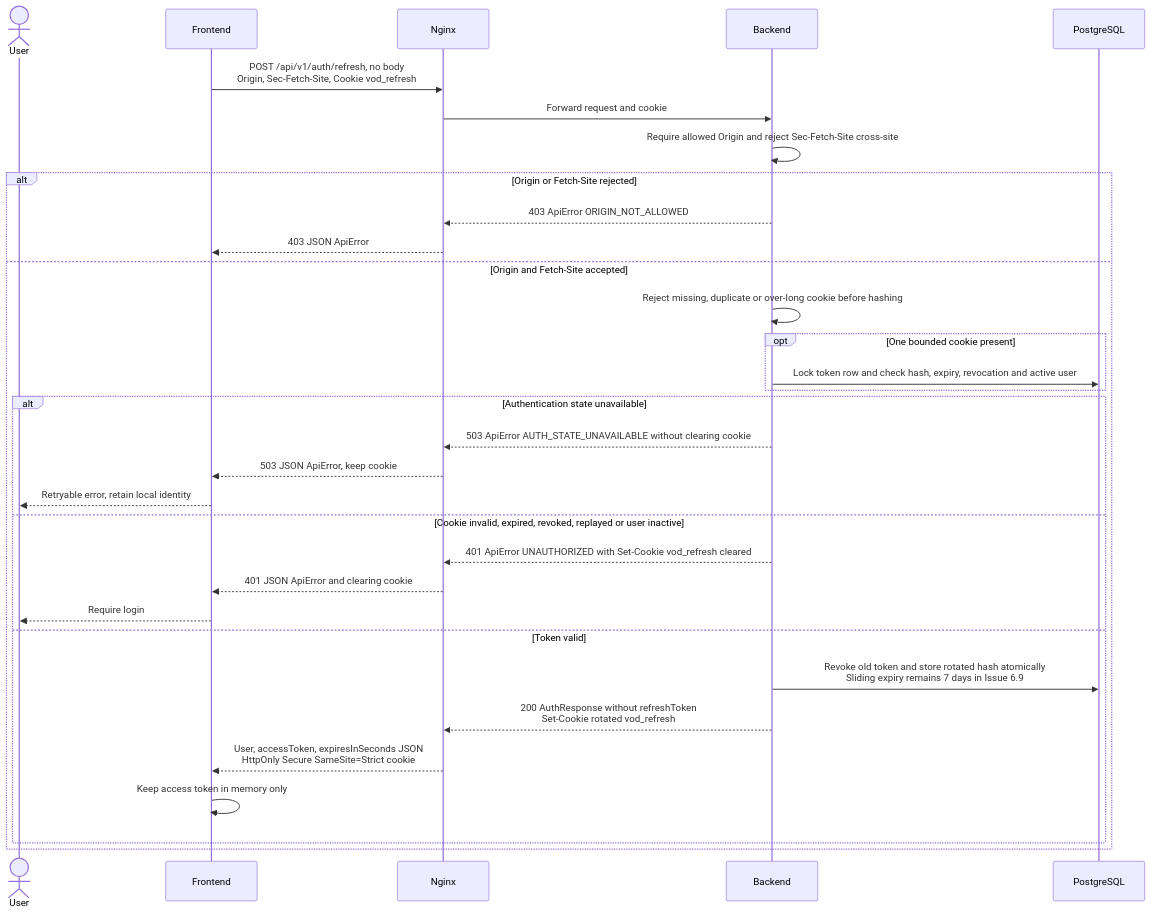
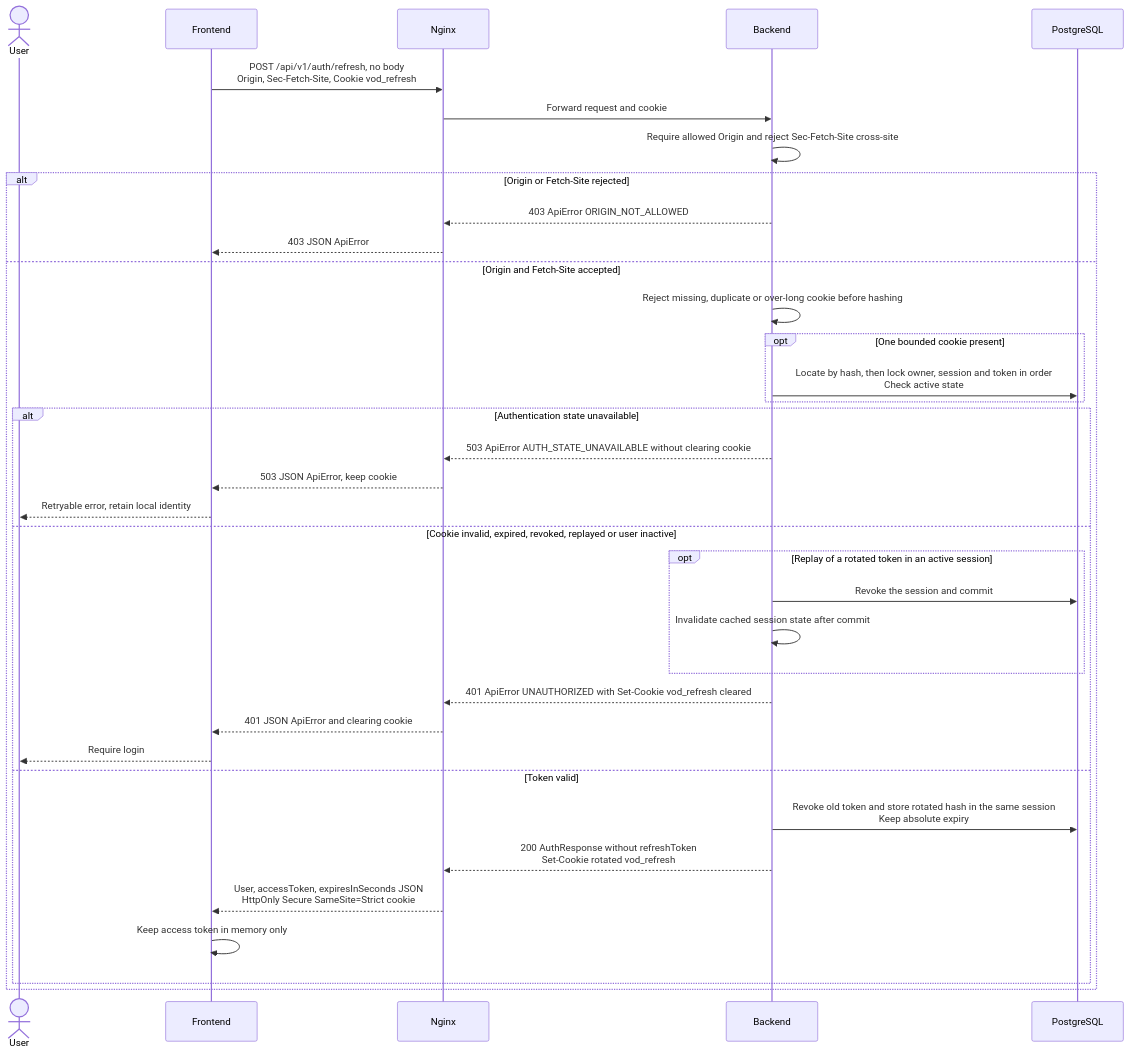
Before and after one commit to Duyphanb/Self-hosted-VoD-Platform: the eighth of 9 diagrams in docs/architecture/SEQUENCE-DIAGRAMS.md, drawn with Mermaid. The commit also changed other lines of this file and 86 other files, not shown here.

````diff
--- a/docs/architecture/SEQUENCE-DIAGRAMS.md
+++ b/docs/architecture/SEQUENCE-DIAGRAMS.md
@@ -254,35 +255,39 @@
 ```mermaid
 sequenceDiagram
     actor User
     participant Frontend
     participant Nginx
     participant Backend
     participant PostgreSQL
 
     Frontend->>Nginx: POST /api/v1/auth/refresh, no body<br/>Origin, Sec-Fetch-Site, Cookie vod_refresh
     Nginx->>Backend: Forward request and cookie
     Backend->>Backend: Require allowed Origin and reject Sec-Fetch-Site cross-site
     alt Origin or Fetch-Site rejected
         Backend-->>Nginx: 403 ApiError ORIGIN_NOT_ALLOWED
         Nginx-->>Frontend: 403 JSON ApiError
     else Origin and Fetch-Site accepted
         Backend->>Backend: Reject missing, duplicate or over-long cookie before hashing
         opt One bounded cookie present
-            Backend->>PostgreSQL: Lock token row and check hash, expiry, revocation and active user
+            Backend->>PostgreSQL: Locate by hash, then lock owner, session and token in order<br/>Check active state
         end
         alt Authentication state unavailable
             Backend-->>Nginx: 503 ApiError AUTH_STATE_UNAVAILABLE without clearing cookie
             Nginx-->>Frontend: 503 JSON ApiError, keep cookie
             Frontend-->>User: Retryable error, retain local identity
         else Cookie invalid, expired, revoked, replayed or user inactive
+            opt Replay of a rotated token in an active session
+                Backend->>PostgreSQL: Revoke the session and commit
+                Backend->>Backend: Invalidate cached session state after commit
+            end
             Backend-->>Nginx: 401 ApiError UNAUTHORIZED with Set-Cookie vod_refresh cleared
             Nginx-->>Frontend: 401 JSON ApiError and clearing cookie
             Frontend-->>User: Require login
         else Token valid
-            Backend->>PostgreSQL: Revoke old token and store rotated hash atomically<br/>Sliding expiry remains 7 days in Issue 6.9
+            Backend->>PostgreSQL: Revoke old token and store rotated hash in the same session<br/>Keep absolute expiry
             Backend-->>Nginx: 200 AuthResponse without refreshToken<br/>Set-Cookie rotated vod_refresh
             Nginx-->>Frontend: User, accessToken, expiresInSeconds JSON<br/>HttpOnly Secure SameSite=Strict cookie
             Frontend->>Frontend: Keep access token in memory only
         end
     end
 ```
````
